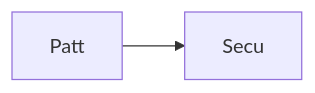
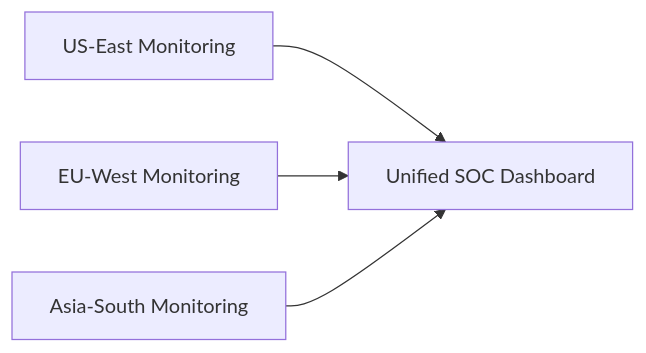
One commit to Devopstrio/traffic-mirroring-for-ids changed the tenth of 10 diagrams in README.md. Above: the diagram before and after it, drawn with Mermaid. The commit also changed other lines of this file, not shown here.

Commit message:
docs: implement 10+ professional architecture diagrams for network threat visibility

````diff
--- a/README.md
+++ b/README.md
@@ -207,4 +231,6 @@
 ```mermaid
 graph LR
-    P[Patt] --> S[Secu]
+    US[US-East Monitoring] --> Dashboard[Unified SOC Dashboard]
+    EU[EU-West Monitoring] --> Dashboard
+    Asia[Asia-South Monitoring] --> Dashboard
 ```
````
